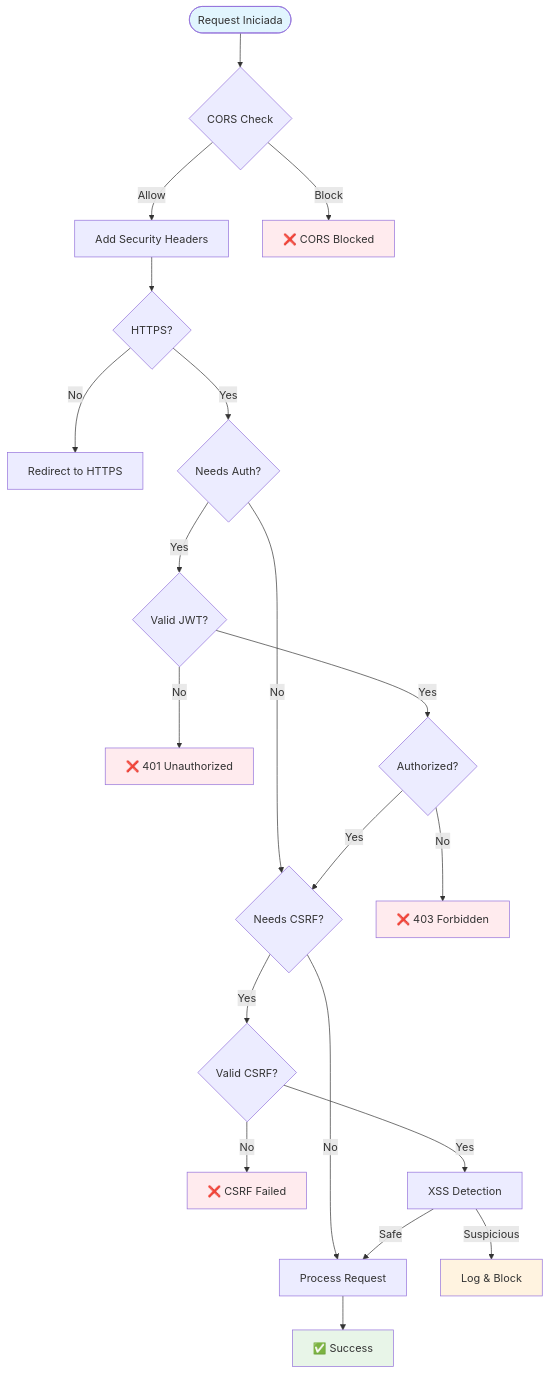
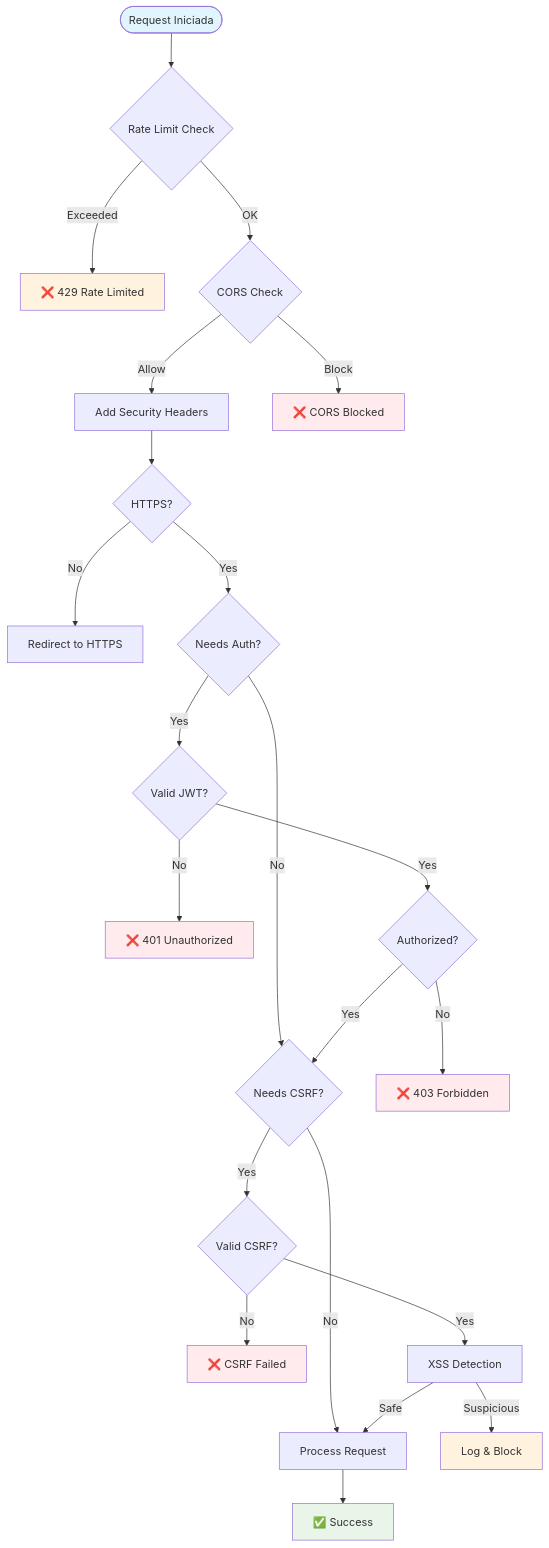
Before and after one commit to jeferssonlemes/authentication-examples: the fourth of 5 diagrams in README.md, drawn with Mermaid. The commit also changed other lines of this file and 9 other files, not shown here.

````diff
--- a/README.md
+++ b/README.md
@@ -361,38 +622,42 @@
 ```mermaid
 flowchart TD
-    START([Request Iniciada]) --> CORS{CORS Check}
+    START([Request Iniciada]) --> RATE_LIMIT{Rate Limit Check}
+    RATE_LIMIT -->|Exceeded| RATE_BLOCK[❌ 429 Rate Limited]
+    RATE_LIMIT -->|OK| CORS{CORS Check}
+    
     CORS -->|Allow| HEADERS[Add Security Headers]
     CORS -->|Block| BLOCK1[❌ CORS Blocked]
     
     HEADERS --> HTTPS{HTTPS?}
     HTTPS -->|No| REDIRECT[Redirect to HTTPS]
     HTTPS -->|Yes| AUTH{Needs Auth?}
     
     AUTH -->|No| CSRF{Needs CSRF?}
     AUTH -->|Yes| JWT{Valid JWT?}
     
     JWT -->|No| UNAUTH[❌ 401 Unauthorized]
     JWT -->|Yes| AUTHZ{Authorized?}
     
     AUTHZ -->|No| FORBID[❌ 403 Forbidden]
     AUTHZ -->|Yes| CSRF
     
     CSRF -->|No| PROCESS[Process Request]
     CSRF -->|Yes| CSRF_VALID{Valid CSRF?}
     
     CSRF_VALID -->|No| CSRF_FAIL[❌ CSRF Failed]
     CSRF_VALID -->|Yes| XSS[XSS Detection]
     
     XSS -->|Suspicious| LOG[Log & Block]
     XSS -->|Safe| PROCESS
     
     PROCESS --> SUCCESS[✅ Success]
     
     style START fill:#e1f5fe
     style SUCCESS fill:#e8f5e8
+    style RATE_BLOCK fill:#fff3e0
     style BLOCK1 fill:#ffebee
     style UNAUTH fill:#ffebee
     style FORBID fill:#ffebee
     style CSRF_FAIL fill:#ffebee
     style LOG fill:#fff3e0
 ```
````
